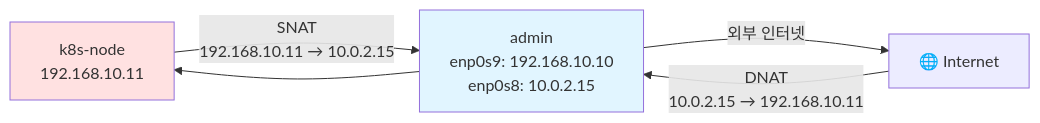
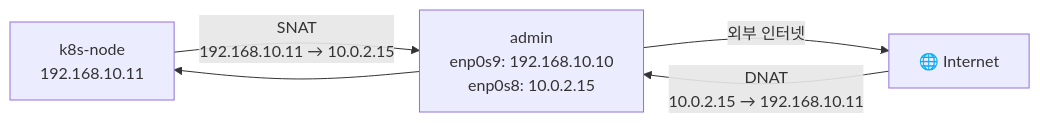
Before and after one commit to juwon8891/juwon8891.github.io: the second of 8 diagrams in docs/k8s-deploy/week6-kubespray-offline.md, drawn with Mermaid. The commit also changed other lines of this file and 18 other files, not shown here.

Commit message:
Remove bright colors from Mermaid diagrams for dark mode compatibility

````diff
--- a/docs/k8s-deploy/week6-kubespray-offline.md
+++ b/docs/k8s-deploy/week6-kubespray-offline.md
@@ -142,11 +139,9 @@
 ```mermaid
 graph LR
     K8sNode["k8s-node<br/>192.168.10.11"] -->|"SNAT<br/>192.168.10.11 → 10.0.2.15"| Admin["admin<br/>enp0s9: 192.168.10.10<br/>enp0s8: 10.0.2.15"]
     Admin -->|"외부 인터넷"| Internet["🌐 Internet"]
 
     Internet -->|"DNAT<br/>10.0.2.15 → 192.168.10.11"| Admin
     Admin --> K8sNode
 
-    style K8sNode fill:#ffe1e1
-    style Admin fill:#e1f5ff
 ```
````
